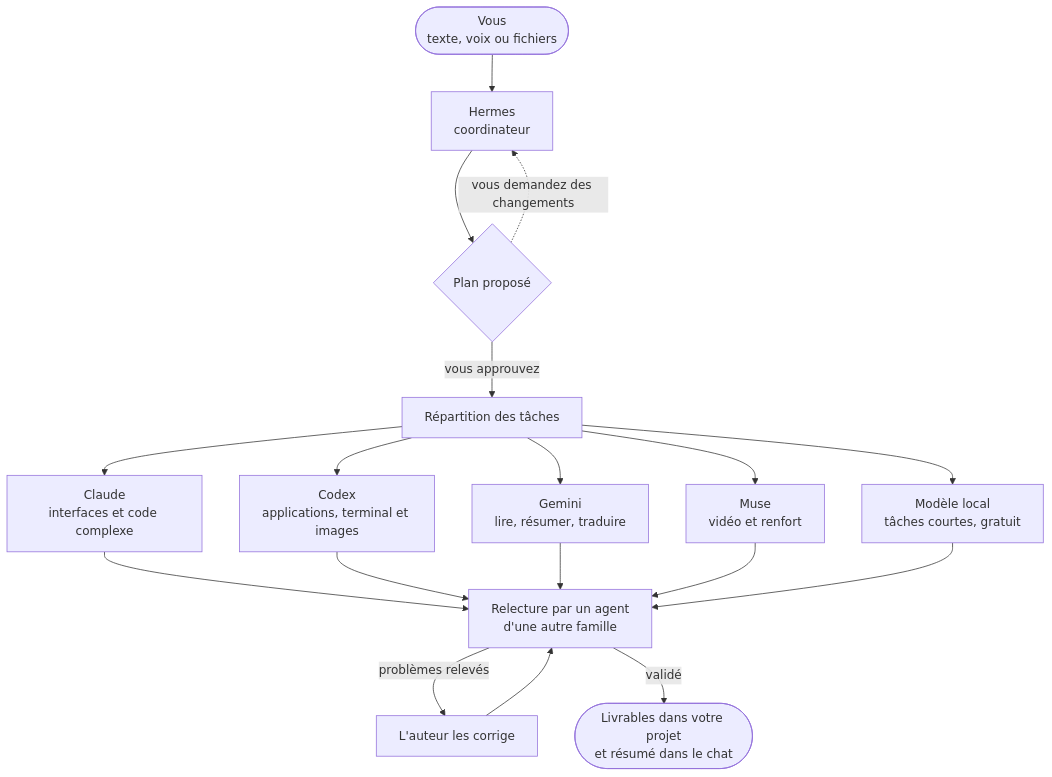
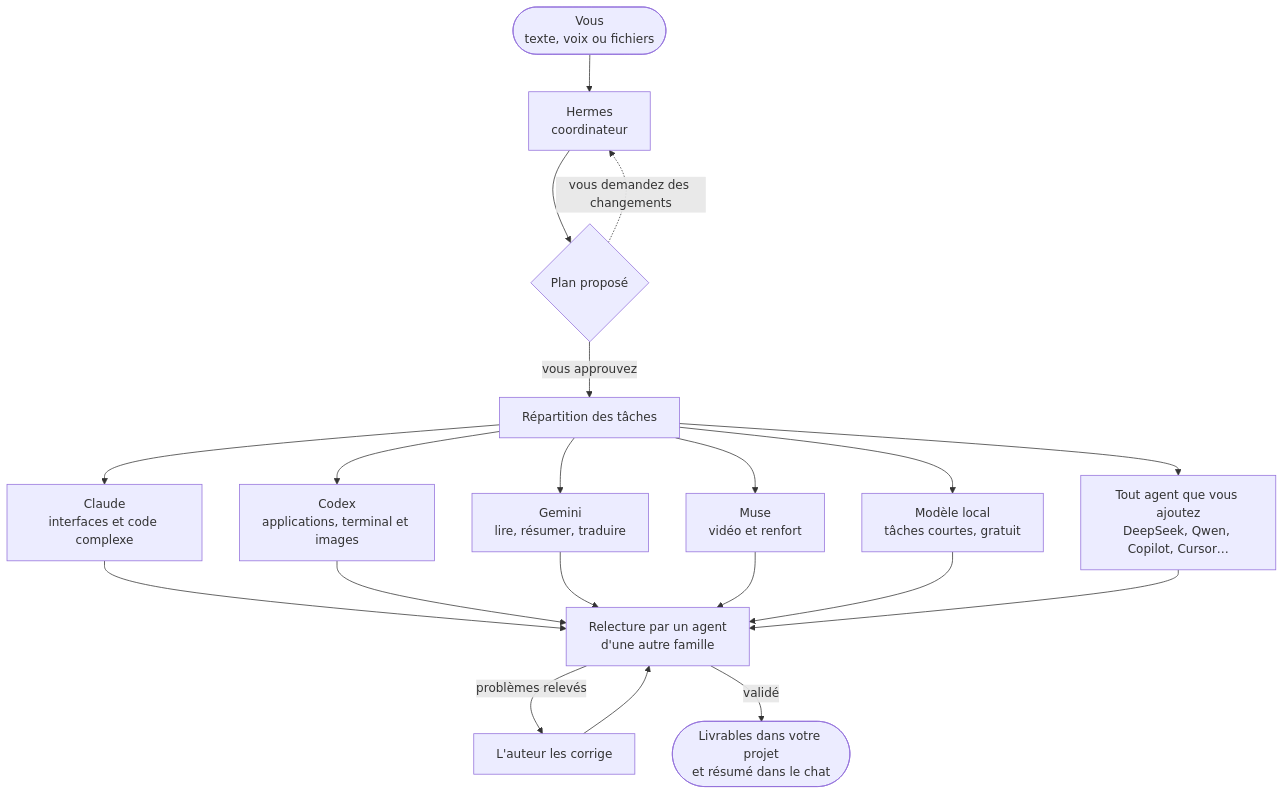
Before and after one commit to Yiku21/kywai: the diagram in README.fr.md, drawn with Mermaid. The commit also changed other lines of this file and 4 other files, not shown here.

````diff
--- a/README.fr.md
+++ b/README.fr.md
@@ -99,16 +110,17 @@
 ```mermaid
 flowchart TD
     T(["Vous<br/>texte, voix ou fichiers"]) --> H["Hermes<br/>coordinateur"]
     H --> P{"Plan proposé"}
     P -- "vous approuvez" --> R["Répartition des tâches"]
     P -. "vous demandez des changements" .-> H
     R --> C["Claude<br/>interfaces et code complexe"]
     R --> X["Codex<br/>applications, terminal et images"]
     R --> G["Gemini<br/>lire, résumer, traduire"]
     R --> M["Muse<br/>vidéo et renfort"]
     R --> L["Modèle local<br/>tâches courtes, gratuit"]
-    C & X & G & M & L --> V["Relecture par un agent<br/>d'une autre famille"]
+    R --> A["Tout agent que vous ajoutez<br/>DeepSeek, Qwen, Copilot, Cursor…"]
+    C & X & G & M & L & A --> V["Relecture par un agent<br/>d'une autre famille"]
     V -- "problèmes relevés" --> F["L'auteur les corrige"]
     F --> V
     V -- "validé" --> E(["Livrables dans votre projet<br/>et résumé dans le chat"])
 ```
````
